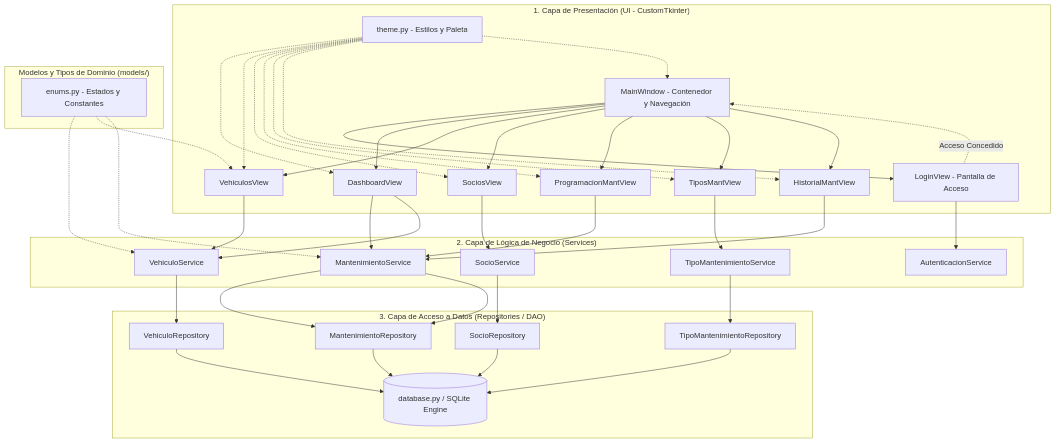
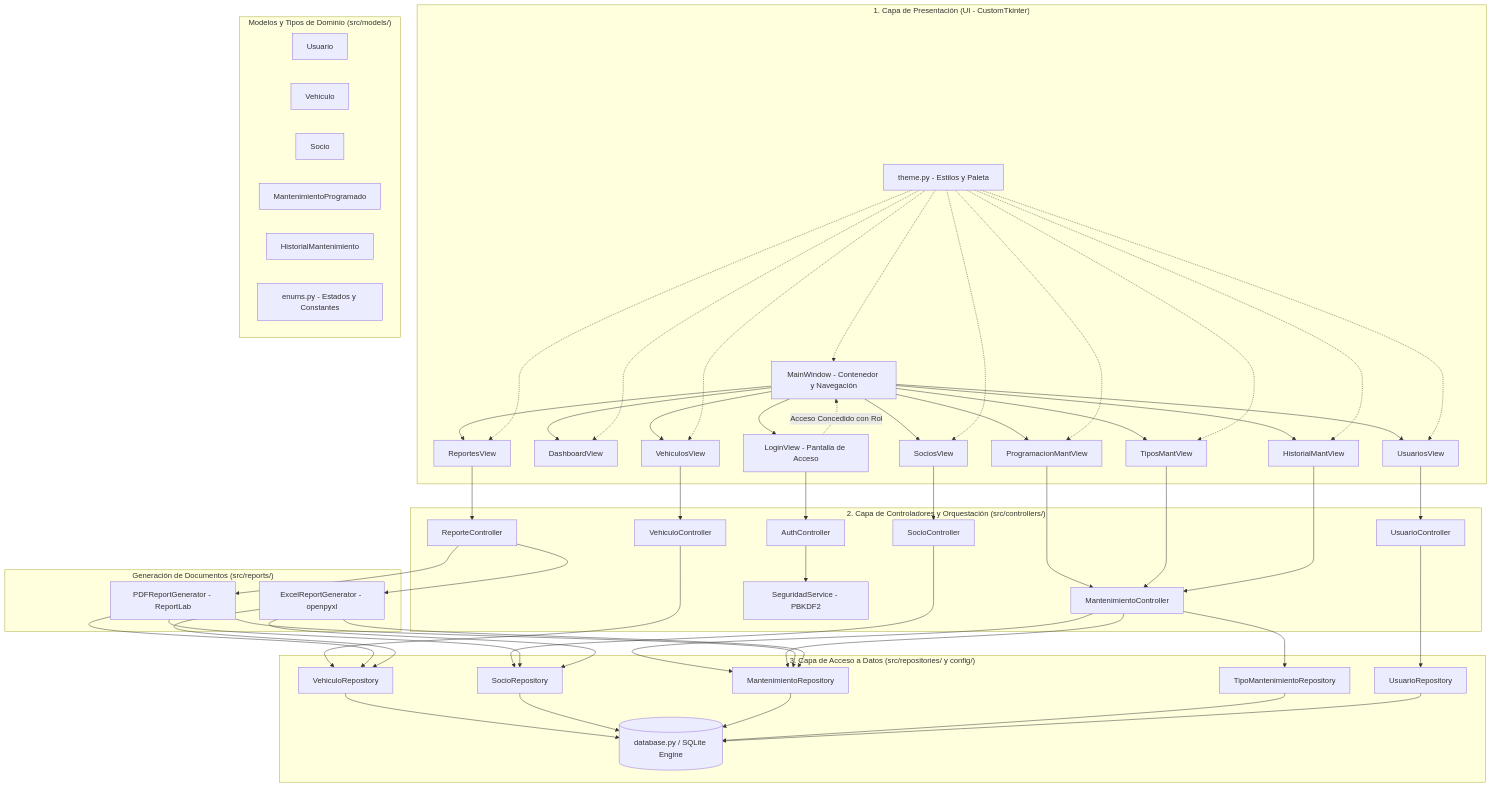
The first of 2 diagrams in docs/ARQUITECTURA.md (YOTR09/PROYECTO-MANTENIMIENTO), drawn with Mermaid before and after one commit. The commit also changed other lines of this file and 20 other files, not shown here.

Commit message:
feat: support entity reactivation workflows and add safe HTML escaping in PDF reports

````diff
--- a/docs/ARQUITECTURA.md
+++ b/docs/ARQUITECTURA.md
@@ -11,47 +11,65 @@
 ```mermaid
 graph TD
     subgraph Presentacion ["1. Capa de Presentación (UI - CustomTkinter)"]
         MW[MainWindow - Contenedor y Navegación]
         V_Log[LoginView - Pantalla de Acceso]
         V_Dash[DashboardView]
         V_Veh[VehiculosView]
         V_Soc[SociosView]
         V_Prog[ProgramacionMantView]
         V_Tip[TiposMantView]
         V_Hist[HistorialMantView]
+        V_Rep[ReportesView]
+        V_Usr[UsuariosView]
         THEME[theme.py - Estilos y Paleta]
     end
 
-    subgraph Dominio ["Modelos y Tipos de Dominio (models/)"]
+    subgraph Dominio ["Modelos y Tipos de Dominio (src/models/)"]
+        M_Usr[Usuario]
+        M_Veh[Vehiculo]
+        M_Soc[Socio]
+        M_Mant[MantenimientoProgramado]
+        M_Hist[HistorialMantenimiento]
         ENUMS[enums.py - Estados y Constantes]
     end
 
-    subgraph Negocio ["2. Capa de Lógica de Negocio (Services)"]
-        S_Auth[AutenticacionService]
-        S_Veh[VehiculoService]
-        S_Soc[SocioService]
-        S_Tip[TipoMantenimientoService]
-        S_Mant[MantenimientoService]
+    subgraph Controladores ["2. Capa de Controladores y Orquestación (src/controllers/)"]
+        C_Auth[AuthController]
+        C_Usr[UsuarioController]
+        C_Veh[VehiculoController]
+        C_Soc[SocioController]
+        C_Mant[MantenimientoController]
+        C_Rep[ReporteController]
+        S_Sec[SeguridadService - PBKDF2]
     end
 
-    subgraph Datos ["3. Capa de Acceso a Datos (Repositories / DAO)"]
+    subgraph Reportes ["Generación de Documentos (src/reports/)"]
+        REP_PDF[PDFReportGenerator - ReportLab]
+        REP_XLS[ExcelReportGenerator - openpyxl]
+    end
+
+    subgraph Datos ["3. Capa de Acceso a Datos (src/repositories/ y config/)"]
+        R_Usr[UsuarioRepository]
         R_Veh[VehiculoRepository]
         R_Soc[SocioRepository]
         R_Tip[TipoMantenimientoRepository]
         R_Mant[MantenimientoRepository]
         DB[(database.py / SQLite Engine)]
     end
 
     MW --> V_Log
-    V_Log --> S_Auth
-    V_Log -.->|Acceso Concedido| MW
-    MW --> V_Dash & V_Veh & V_Soc & V_Prog & V_Tip & V_Hist
-    THEME -.-> V_Dash & V_Veh & V_Soc & V_Prog & V_Tip & V_Hist & MW
-    ENUMS -.-> S_Veh & V_Veh & S_Mant
-    V_Dash --> S_Mant & S_Veh
-    V_Veh --> S_Veh --> R_Veh --> DB
-    V_Soc --> S_Soc --> R_Soc --> DB
-    V_Tip --> S_Tip --> R_Tip --> DB
-    V_Prog --> S_Mant --> R_Mant --> DB
-    V_Hist --> S_Mant --> R_Mant
+    V_Log --> C_Auth --> S_Sec
+    V_Log -.->|Acceso Concedido con Rol| MW
+    MW --> V_Dash & V_Veh & V_Soc & V_Prog & V_Tip & V_Hist & V_Rep & V_Usr
+    THEME -.-> MW & V_Dash & V_Veh & V_Soc & V_Prog & V_Tip & V_Hist & V_Rep & V_Usr
+
+    V_Veh --> C_Veh --> R_Veh --> DB
+    V_Soc --> C_Soc --> R_Soc --> DB
+    V_Prog --> C_Mant --> R_Mant --> DB
+    V_Tip --> C_Mant --> R_Tip --> DB
+    V_Hist --> C_Mant --> R_Mant
+    V_Usr --> C_Usr --> R_Usr --> DB
+    V_Rep --> C_Rep
+    C_Rep --> REP_PDF & REP_XLS
+    REP_PDF & REP_XLS --> R_Veh & R_Soc & R_Mant
 ```
````
